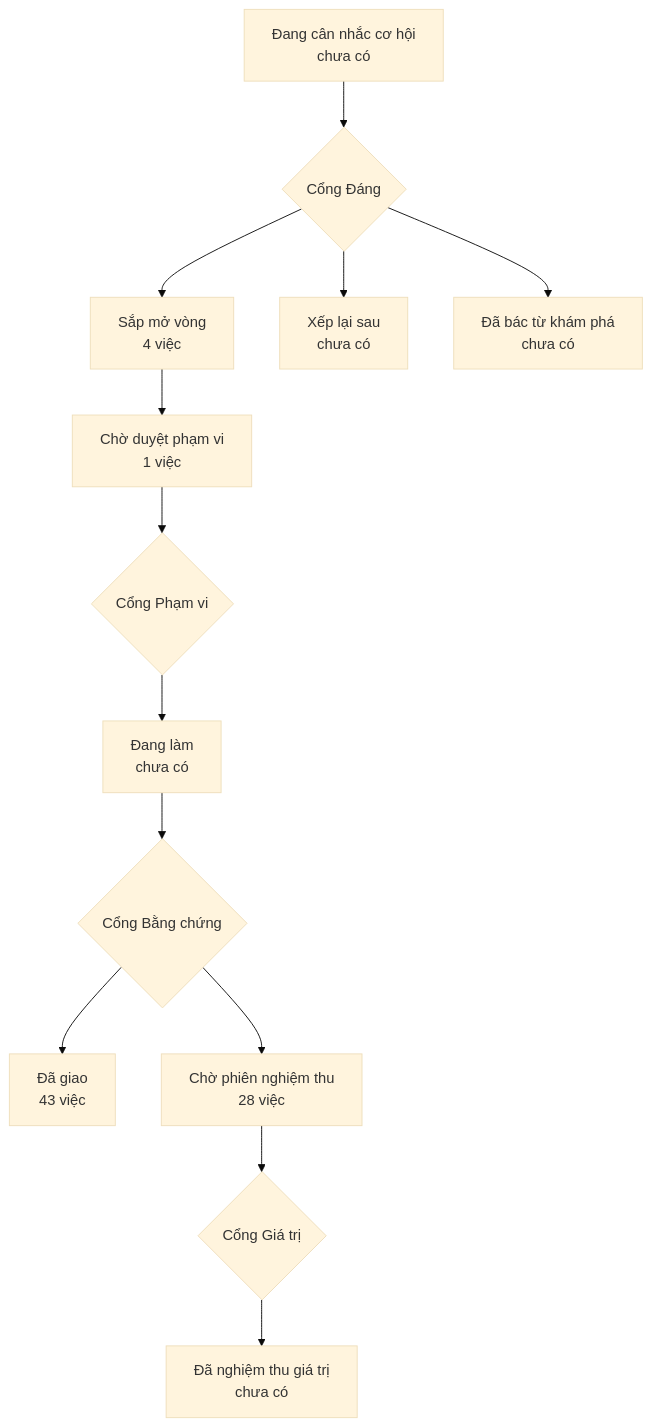
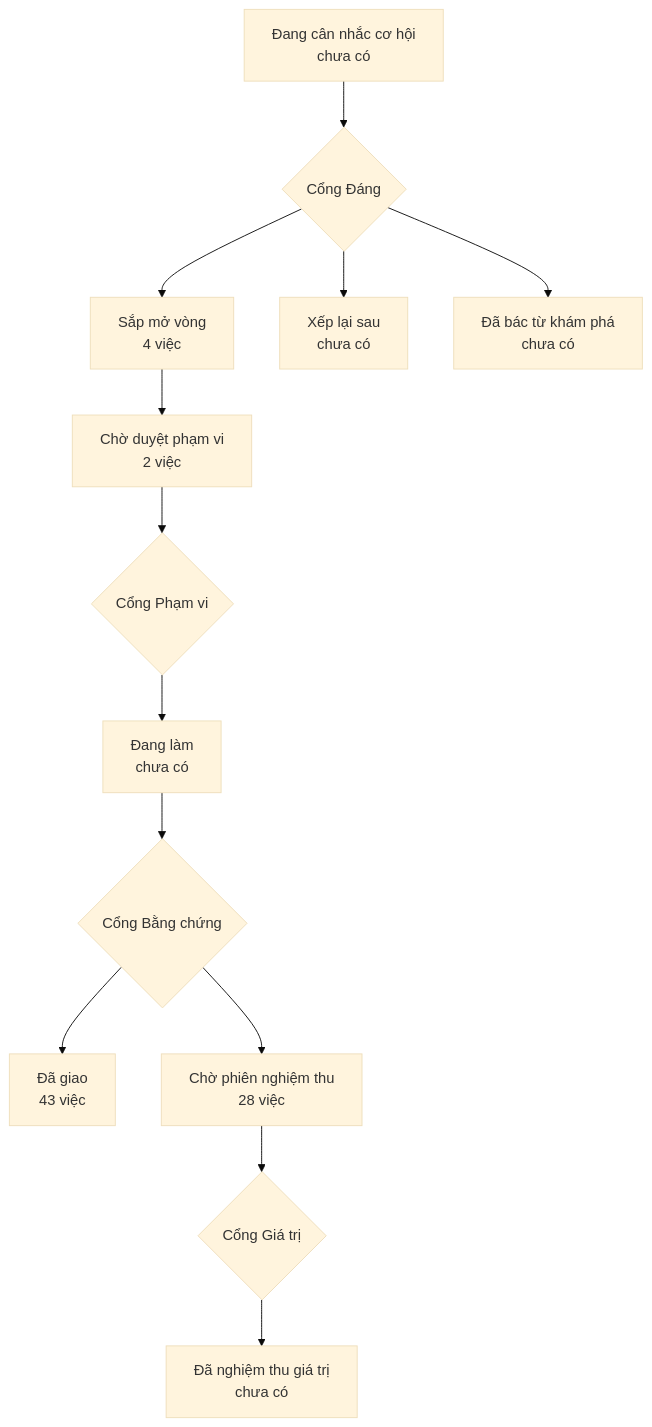
Before and after one commit to phanlemanh/onehub-invest: the diagram in PRODUCT-MAP.md, drawn with Mermaid (base theme). The commit also changed other lines of this file and 3 other files, not shown here.

Commit message:
docs(acceptance): thẻ Cổng Phạm vi ci-test-module

````diff
--- a/PRODUCT-MAP.md
+++ b/PRODUCT-MAP.md
@@ -7,12 +7,12 @@
 ```mermaid
 flowchart TD
   A["Đang cân nhắc cơ hội<br/>chưa có"] --> GD{"Cổng Đáng"}
   GD --> B["Sắp mở vòng<br/>4 việc"]
   GD --> XL["Xếp lại sau<br/>chưa có"]
   GD --> DB["Đã bác từ khám phá<br/>chưa có"]
-  B --> CD["Chờ duyệt phạm vi<br/>1 việc"] --> GP{"Cổng Phạm vi"}
+  B --> CD["Chờ duyệt phạm vi<br/>2 việc"] --> GP{"Cổng Phạm vi"}
   GP --> DL["Đang làm<br/>chưa có"] --> GB{"Cổng Bằng chứng"}
   GB --> DG["Đã giao<br/>43 việc"]
   GB --> CN["Chờ phiên nghiệm thu<br/>28 việc"] --> GG{"Cổng Giá trị"}
   GG --> NT["Đã nghiệm thu giá trị<br/>chưa có"]
 ```
````
